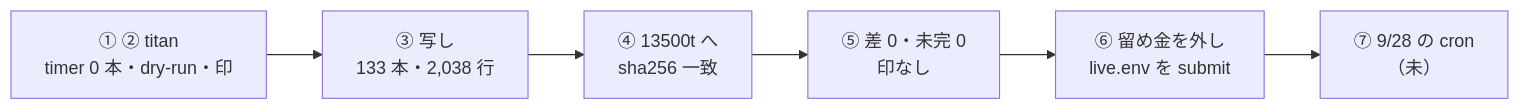
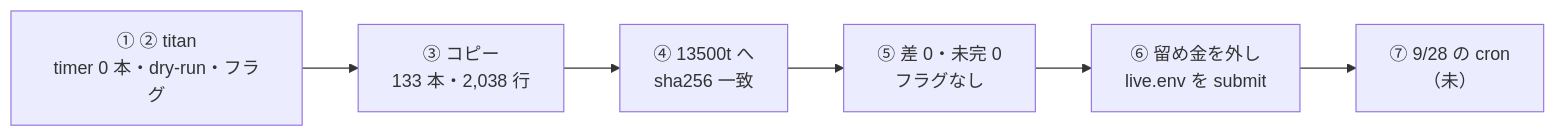
One commit to akiraak/ai-income-lab changed diagram 17 of 21 in docs/specs/experiments/live-trading.md. Above: the diagram before and after it, drawn with Mermaid. The commit also changed other lines of this file and 45 other files, not shown here.

````diff
--- a/docs/specs/experiments/live-trading.md
+++ b/docs/specs/experiments/live-trading.md
@@ -1204,8 +1204,8 @@
 ```mermaid
 flowchart LR
-  A["① ② titan<br/>timer 0 本・dry-run・印"] --> B["③ 写し<br/>133 本・2,038 行"]
+  A["① ② titan<br/>timer 0 本・dry-run・フラグ"] --> B["③ コピー<br/>133 本・2,038 行"]
   B --> C["④ 13500t へ<br/>sha256 一致"]
-  C --> D["⑤ 差 0・未完 0<br/>印なし"]
+  C --> D["⑤ 差 0・未完 0<br/>フラグなし"]
   D --> E["⑥ 留め金を外し<br/>live.env を submit"]
   E --> F["⑦ 9/28 の cron<br/>（未）"]
 ```
````
